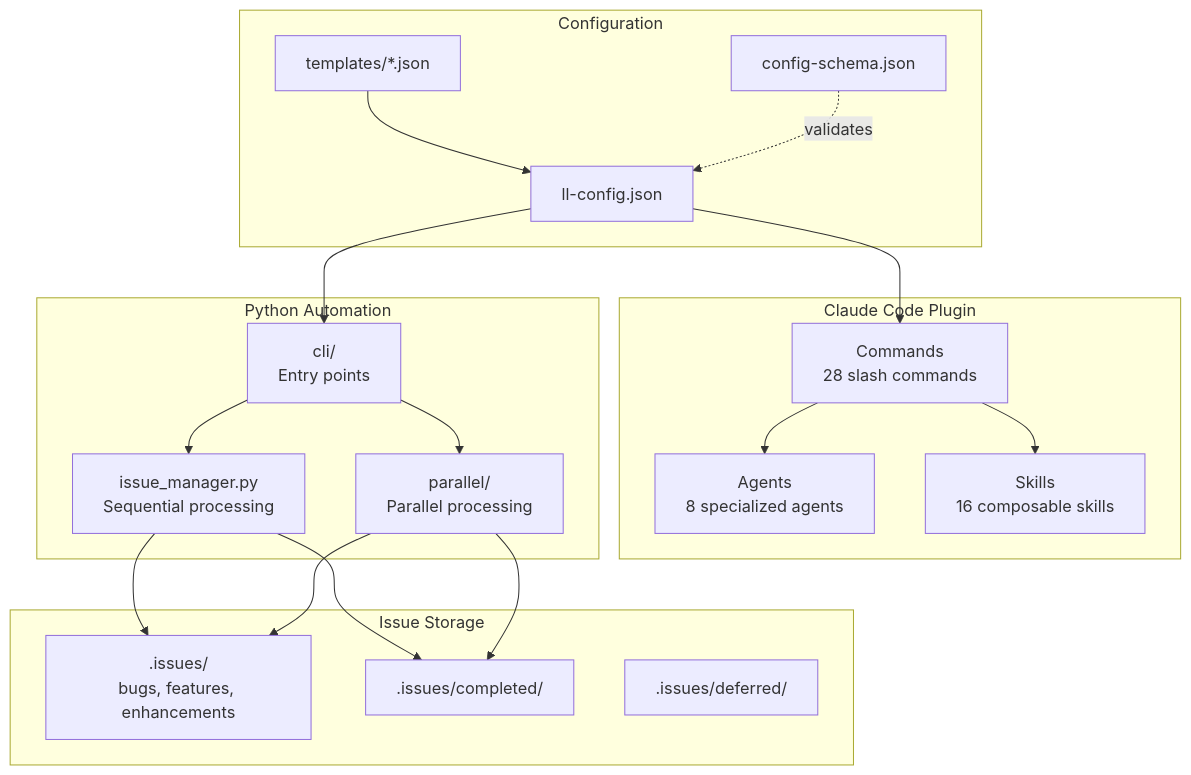
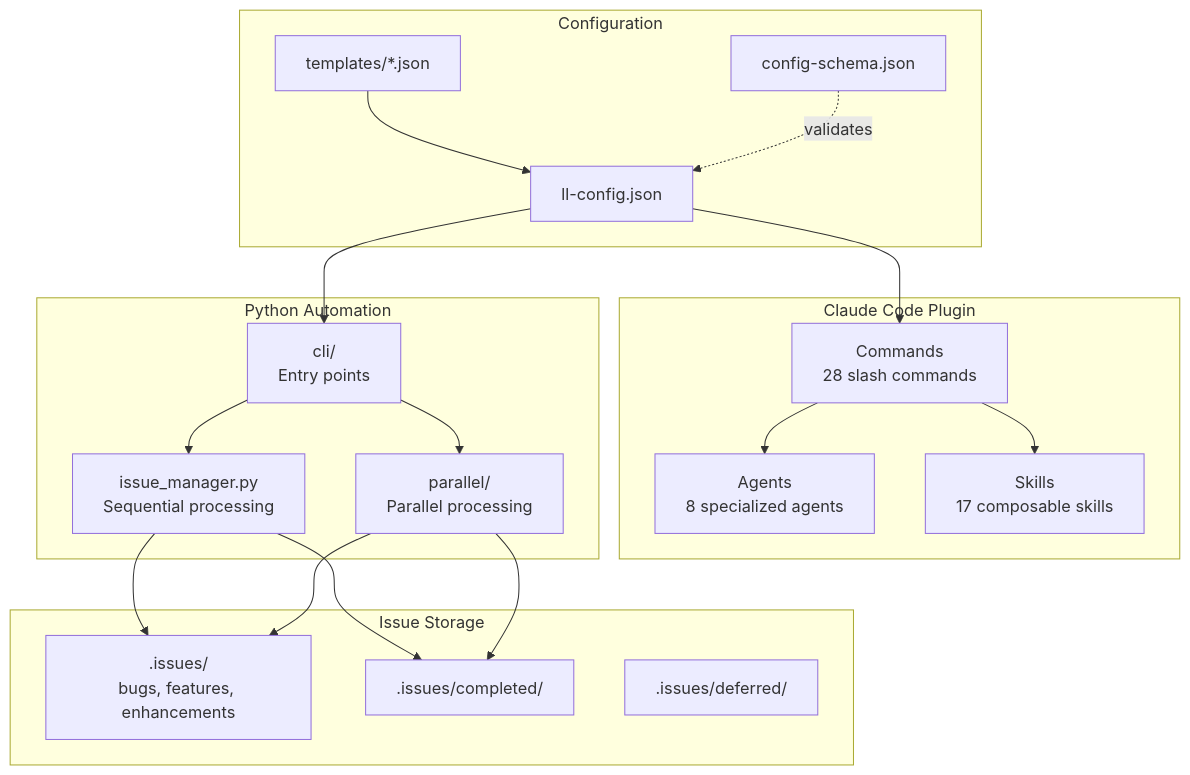
One commit to BrennonTWilliams/little-loops changed the first of 13 diagrams in docs/ARCHITECTURE.md. Above: the diagram before and after it, drawn with Mermaid. The commit also changed other lines of this file and 18 other files, not shown here.

````diff
--- a/docs/ARCHITECTURE.md
+++ b/docs/ARCHITECTURE.md
@@ -21,39 +21,39 @@
 ```mermaid
 flowchart TB
     subgraph "Claude Code Plugin"
         CMD[Commands<br/>28 slash commands]
         AGT[Agents<br/>8 specialized agents]
-        SKL[Skills<br/>16 composable skills]
+        SKL[Skills<br/>17 composable skills]
     end
 
     subgraph "Configuration"
         CFG[ll-config.json]
         SCHEMA[config-schema.json]
         TPL[templates/*.json]
     end
 
     subgraph "Python Automation"
         CLI[cli/<br/>Entry points]
         AUTO[issue_manager.py<br/>Sequential processing]
         PARALLEL[parallel/<br/>Parallel processing]
     end
 
     subgraph "Issue Storage"
         ISSUES[.issues/<br/>bugs, features, enhancements]
         COMPLETED[.issues/completed/]
         DEFERRED[.issues/deferred/]
     end
 
     CFG --> CMD
     TPL --> CFG
     SCHEMA -.->|validates| CFG
     CFG --> CLI
     CMD --> AGT
     CMD --> SKL
     CLI --> AUTO
     CLI --> PARALLEL
     AUTO --> ISSUES
     PARALLEL --> ISSUES
     AUTO --> COMPLETED
     PARALLEL --> COMPLETED
 ```
````
